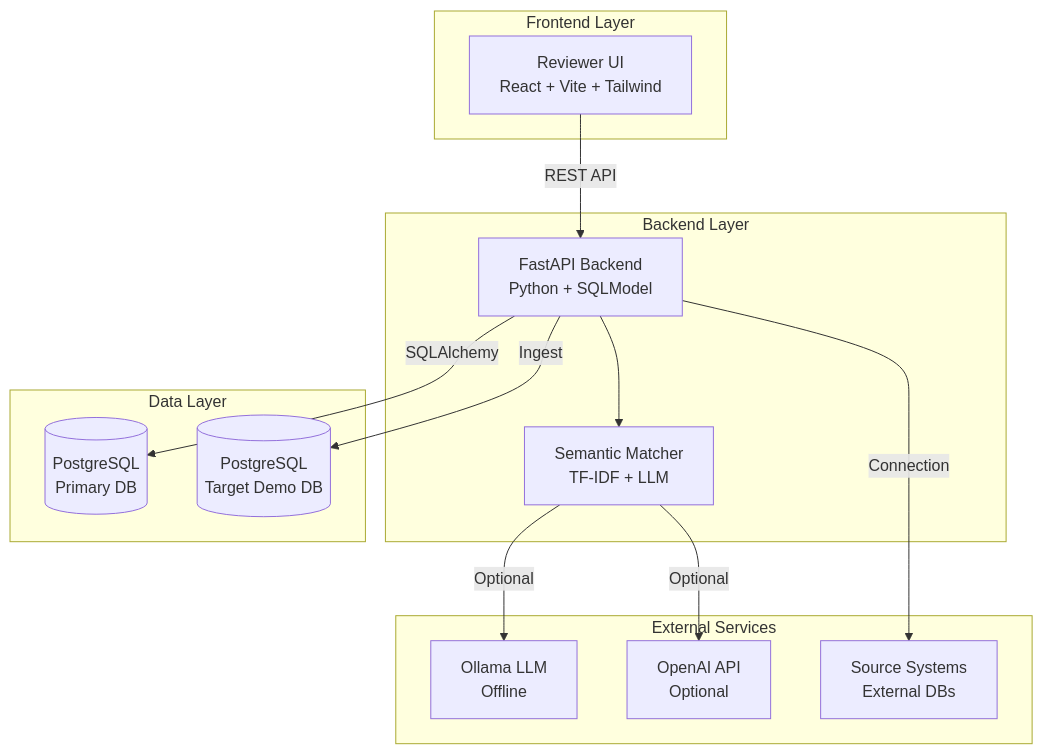
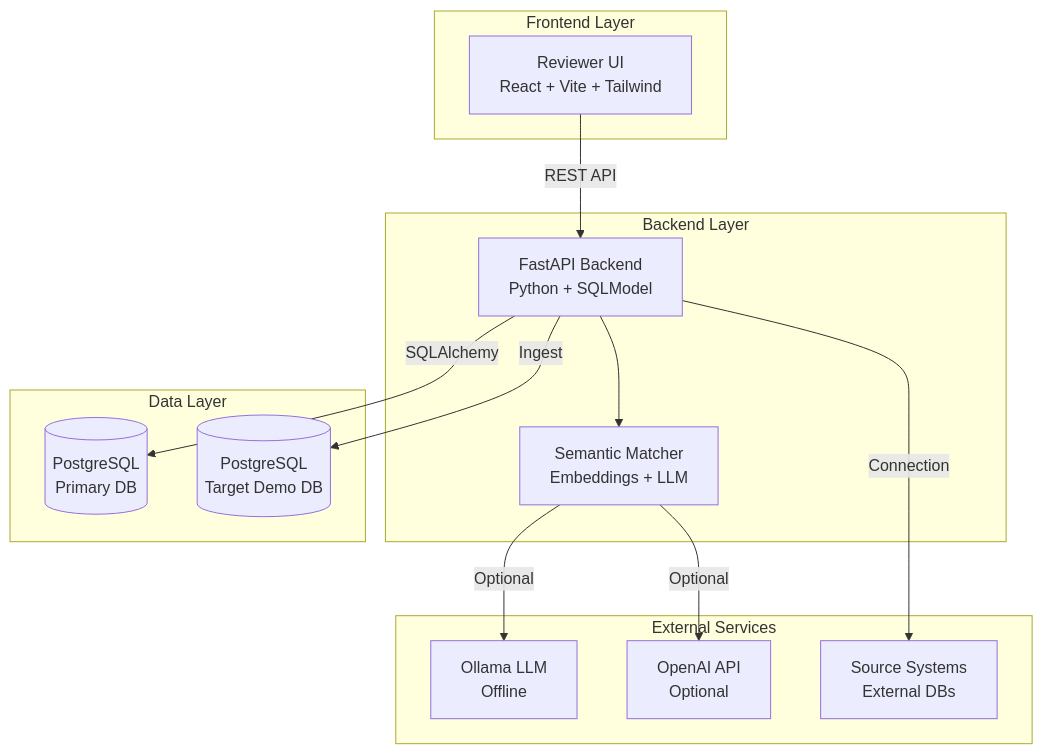
One commit to rezer-bleede/refdata-hub changed the first of 5 diagrams in docs/architecture.md. Above: the diagram before and after it, drawn with Mermaid. The commit also changed other lines of this file and 26 other files, not shown here.

First line of the commit message:
feat(matcher): replace TF-IDF with fastembed semantic embeddings

````diff
--- a/docs/architecture.md
+++ b/docs/architecture.md
@@ -9,30 +9,30 @@
 ```mermaid
 graph TB
     subgraph "Frontend Layer"
         UI[Reviewer UI<br/>React + Vite + Tailwind]
     end
     
     subgraph "Backend Layer"
         API[FastAPI Backend<br/>Python + SQLModel]
-        MATCHER[Semantic Matcher<br/>TF-IDF + LLM]
+        MATCHER[Semantic Matcher<br/>Embeddings + LLM]
     end
     
     subgraph "Data Layer"
         DB[(PostgreSQL<br/>Primary DB)]
         TARGETDB[(PostgreSQL<br/>Target Demo DB)]
     end
     
     subgraph "External Services"
         OLLAMA[Ollama LLM<br/>Offline]
         OPENAI[OpenAI API<br/>Optional]
         SOURCES[Source Systems<br/>External DBs]
     end
     
     UI -->|REST API| API
     API -->|SQLAlchemy| DB
     API --> MATCHER
     MATCHER -->|Optional| OLLAMA
     MATCHER -->|Optional| OPENAI
     API -->|Connection| SOURCES
     API -->|Ingest| TARGETDB
 ```
````
